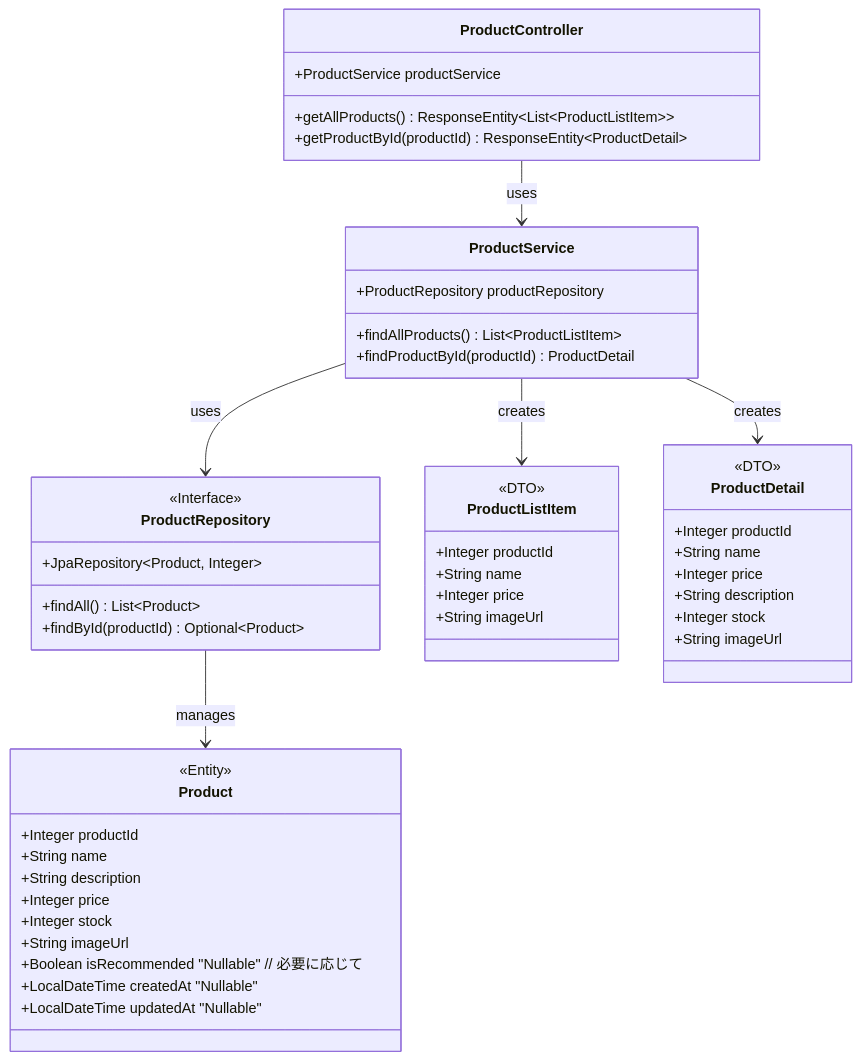
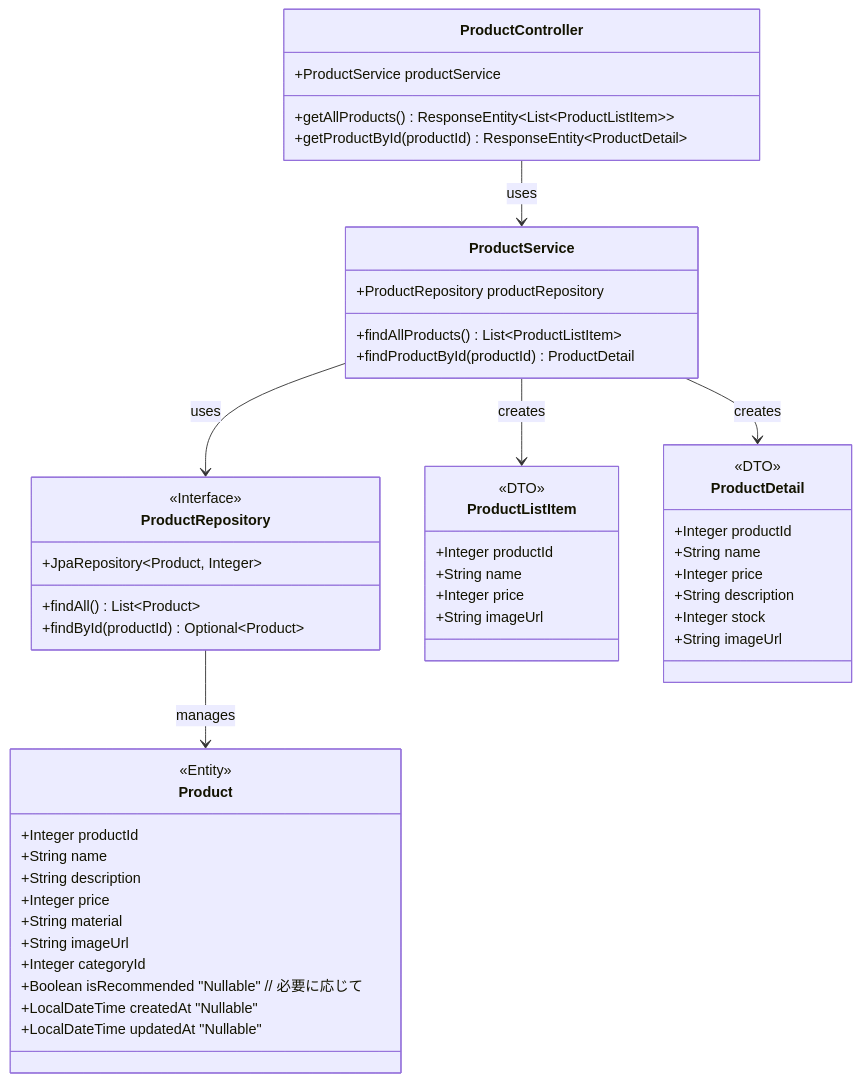
Diagram 14 of 18 in 詳細設計/詳細設計書.md (natsumiumeda/Jobs), drawn with Mermaid before and after one commit. The commit also changed other lines of this file, not shown here.

```diff
--- a/詳細設計/詳細設計書.md
+++ b/詳細設計/詳細設計書.md
@@ -638,65 +638,67 @@
 <div class="mermaid">
 classDiagram
     %% Controller
     class ProductController {
         +ProductService productService
         +getAllProducts() ResponseEntity~List~ProductListItem~~
         +getProductById(productId) ResponseEntity~ProductDetail~
     }
 
     %% Service
     class ProductService {
         +ProductRepository productRepository
         +findAllProducts() List~ProductListItem~
         +findProductById(productId) ProductDetail
     }
 
     %% Repository
     class ProductRepository {
         <<Interface>>
         +JpaRepository~Product, Integer~
         +findAll() List~Product~
         +findById(productId) Optional~Product~
     }
 
     %% Entity
     class Product {
         <<Entity>>
         +Integer productId
         +String name
         +String description
         +Integer price
-        +Integer stock
+        +String material
         +String imageUrl
+        +Integer categoryId
+        
         +Boolean isRecommended "Nullable" // 必要に応じて
         +LocalDateTime createdAt "Nullable"
         +LocalDateTime updatedAt "Nullable"
     }
 
     %% DTO
     class ProductListItem {
         <<DTO>>
         +Integer productId
         +String name
         +Integer price
         +String imageUrl
     }
 
     class ProductDetail {
         <<DTO>>
         +Integer productId
         +String name
         +Integer price
         +String description
         +Integer stock
         +String imageUrl
     }
 
     %% 関係
     ProductController --> ProductService : uses
     ProductService --> ProductRepository : uses
     ProductRepository --> Product : manages
     ProductService --> ProductListItem : creates
     ProductService --> ProductDetail : creates
 
 </div>
```
